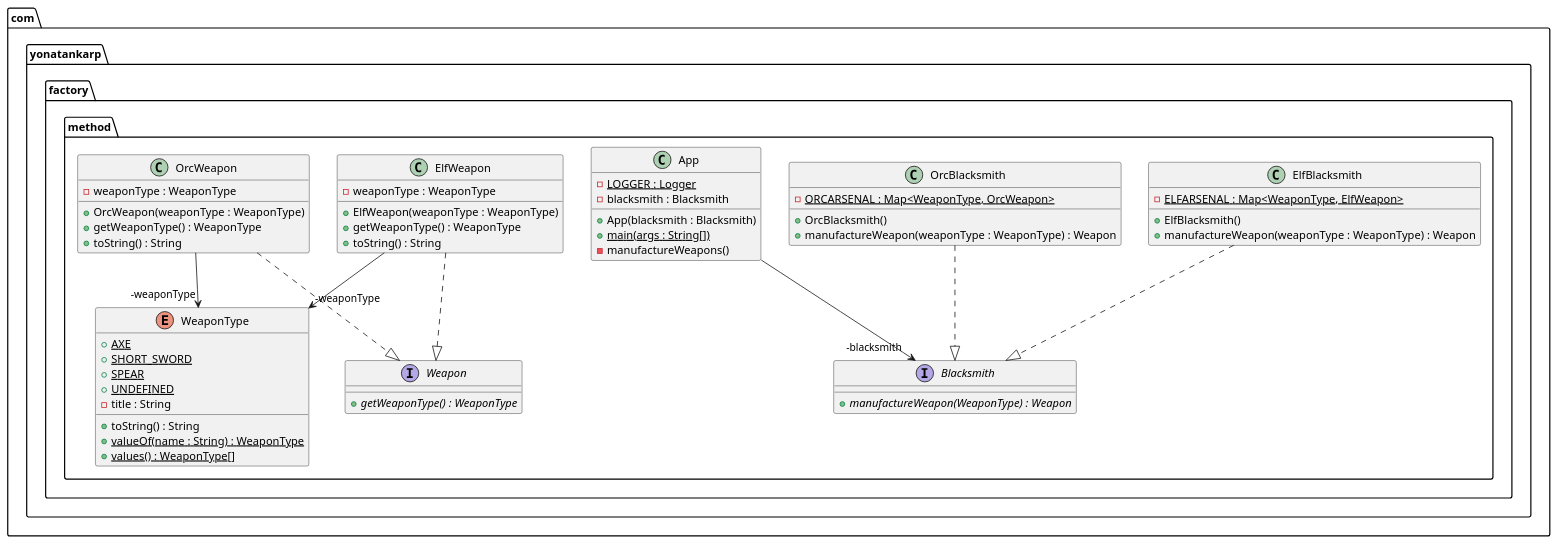
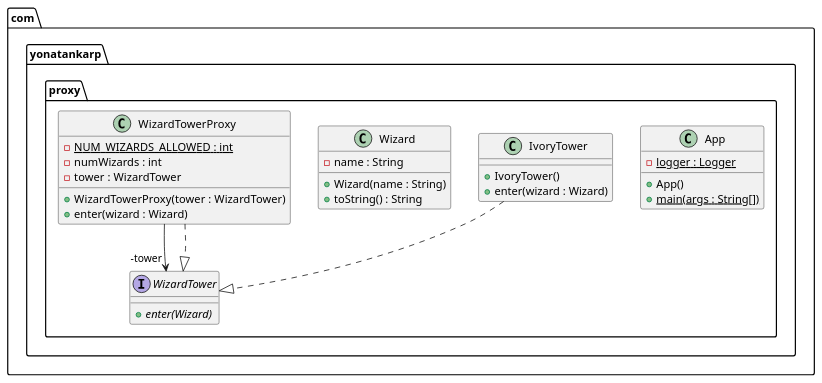
The diagram in proxy/etc/proxy.puml (yonatankarp/kotlin-design-patterns), drawn with PlantUML before and after one commit. The commit also changed 12 other files, not shown here.

```diff
--- a/proxy/etc/proxy.puml
+++ b/proxy/etc/proxy.puml
@@ -1,56 +1,31 @@
 @startuml
-package com.yonatankarp.factory.method {
+package com.yonatankarp.proxy {
   class App {
-    - LOGGER : Logger {static}
-    - blacksmith : Blacksmith
-    + App(blacksmith : Blacksmith)
+  - logger : Logger {static}
+    + App()
     + main(args : String[]) {static}
-    - manufactureWeapons()
   }
-  interface Blacksmith {
-    + manufactureWeapon(WeaponType) : Weapon {abstract}
+  class IvoryTower {
+    + IvoryTower()
+    + enter(wizard : Wizard)
   }
-  class ElfBlacksmith {
-    - ELFARSENAL : Map<WeaponType, ElfWeapon> {static}
-    + ElfBlacksmith()
-    + manufactureWeapon(weaponType : WeaponType) : Weapon
-  }
-  class ElfWeapon {
-    - weaponType : WeaponType
-    + ElfWeapon(weaponType : WeaponType)
-    + getWeaponType() : WeaponType
+  class Wizard {
+    - name : String
+    + Wizard(name : String)
     + toString() : String
   }
-  class OrcBlacksmith {
-    - ORCARSENAL : Map<WeaponType, OrcWeapon> {static}
-    + OrcBlacksmith()
-    + manufactureWeapon(weaponType : WeaponType) : Weapon
+  interface WizardTower {
+    + enter(Wizard) {abstract}
   }
-  class OrcWeapon {
-    - weaponType : WeaponType
-    + OrcWeapon(weaponType : WeaponType)
-    + getWeaponType() : WeaponType
-    + toString() : String
-  }
-  interface Weapon {
-    + getWeaponType() : WeaponType {abstract}
-  }
-  enum WeaponType {
-    + AXE {static}
-    + SHORT_SWORD {static}
-    + SPEAR {static}
-    + UNDEFINED {static}
-    - title : String
-    + toString() : String
-    + valueOf(name : String) : WeaponType {static}
-    + values() : WeaponType[] {static}
+  class WizardTowerProxy {
+    - NUM_WIZARDS_ALLOWED : int {static}
+    - numWizards : int
+    - tower : WizardTower
+    + WizardTowerProxy(tower : WizardTower)
+    + enter(wizard : Wizard)
   }
 }
-ElfWeapon -->  "-weaponType" WeaponType
-OrcWeapon -->  "-weaponType" WeaponType
-App -->  "-blacksmith" Blacksmith
-ElfBlacksmith ..|> Blacksmith
-ElfWeapon ..|> Weapon
-OrcBlacksmith ..|> Blacksmith
-OrcWeapon ..|> Weapon
+WizardTowerProxy -->  "-tower" WizardTower
+IvoryTower ..|> WizardTower
+WizardTowerProxy ..|> WizardTower
 @enduml
```
